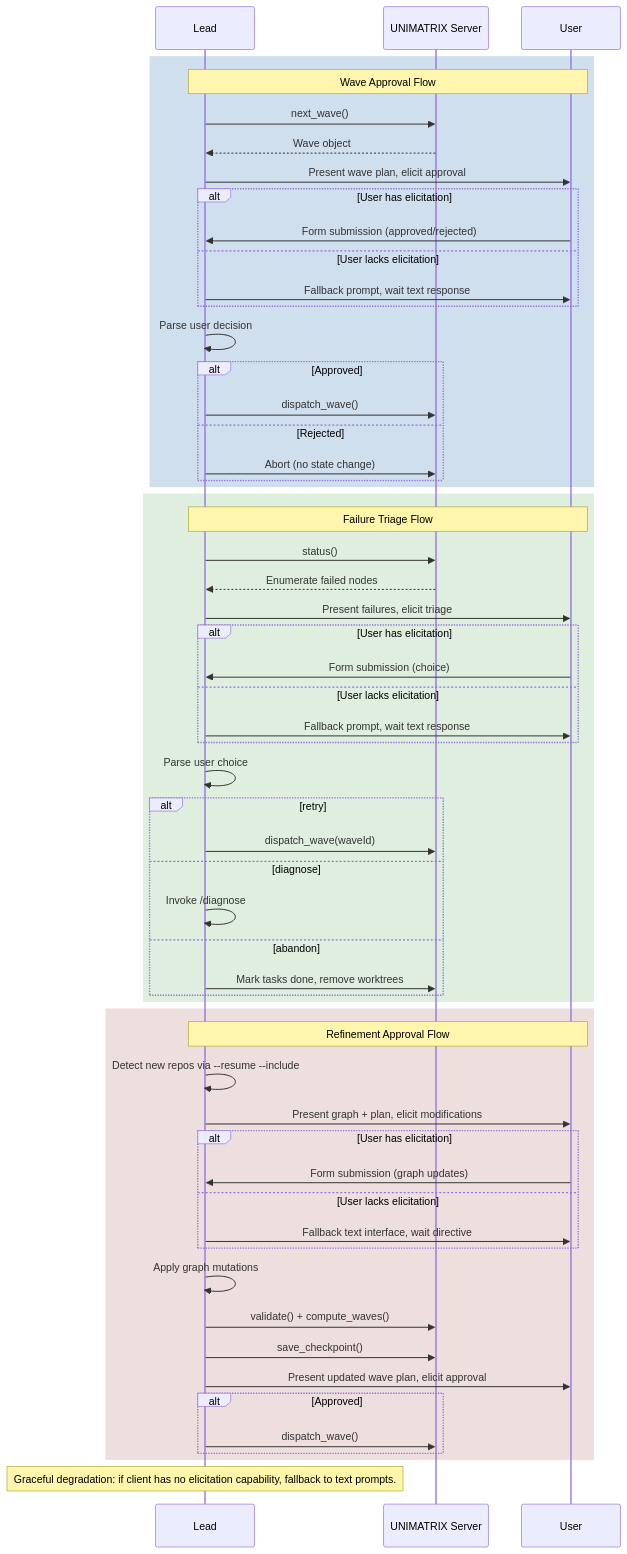
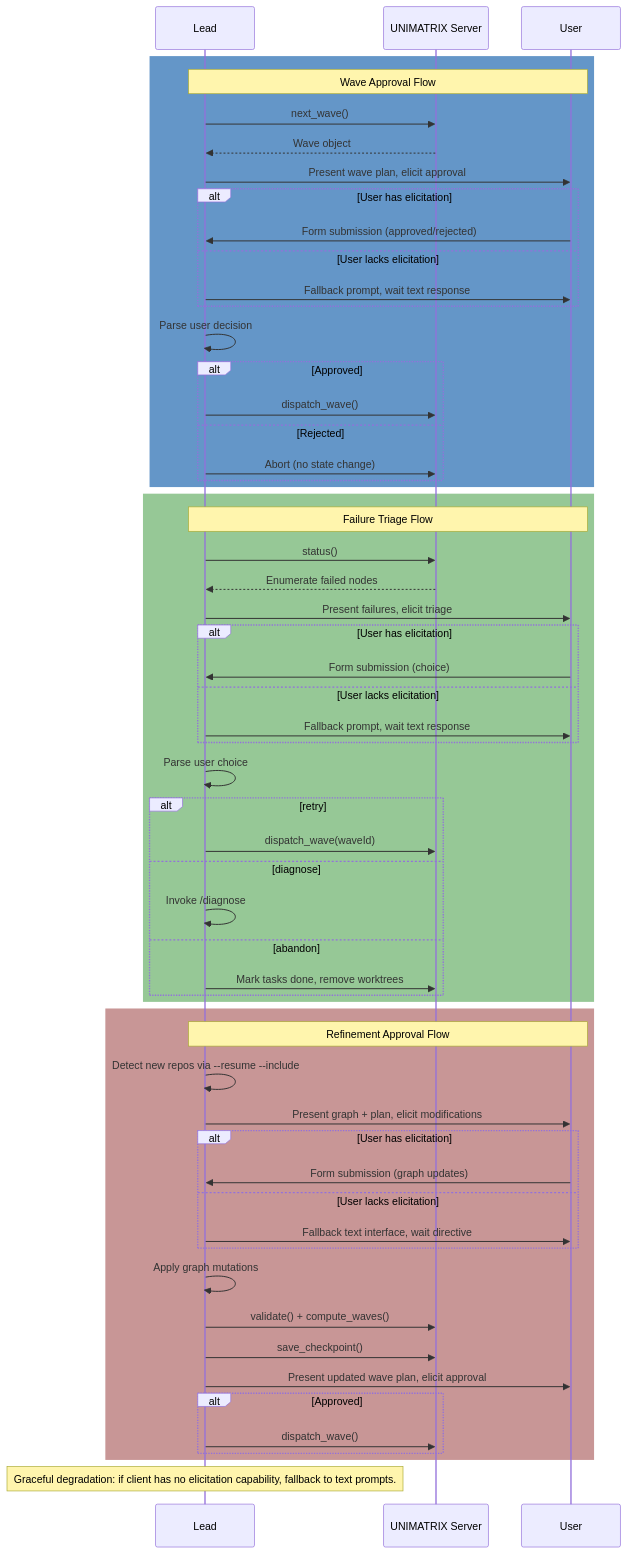
One commit to benediktms/unimatrix changed the third of 3 diagrams in src/skills/borgcube/BORGCUBE.md. Above: the diagram before and after it, drawn with Mermaid.

Commit message:
fix(docs): use correct Mermaid syntax for rect colors
Revert to rgb() for sequence diagram rect backgrounds per Mermaid docs.
hex() and rgba() are not supported syntax.

````diff
--- a/src/skills/borgcube/BORGCUBE.md
+++ b/src/skills/borgcube/BORGCUBE.md
@@ -118,64 +118,64 @@
 ```mermaid
 sequenceDiagram
     participant Lead
     participant Server as UNIMATRIX Server
     participant User
 
-    rect rgba(100, 150, 200, 0.3)
+    rect rgb(100, 150, 200)
         Note over Lead,User: Wave Approval Flow
         Lead->>Server: next_wave()
         Server-->>Lead: Wave object
         Lead->>User: Present wave plan, elicit approval
         alt User has elicitation
             User->>Lead: Form submission (approved/rejected)
         else User lacks elicitation
             Lead->>User: Fallback prompt, wait text response
         end
         Lead->>Lead: Parse user decision
         alt Approved
             Lead->>Server: dispatch_wave()
         else Rejected
             Lead->>Server: Abort (no state change)
         end
     end
 
-    rect rgba(150, 200, 150, 0.3)
+    rect rgb(150, 200, 150)
         Note over Lead,User: Failure Triage Flow
         Lead->>Server: status()
         Server-->>Lead: Enumerate failed nodes
         Lead->>User: Present failures, elicit triage
         alt User has elicitation
             User->>Lead: Form submission (choice)
         else User lacks elicitation
             Lead->>User: Fallback prompt, wait text response
         end
         Lead->>Lead: Parse user choice
         alt retry
             Lead->>Server: dispatch_wave(waveId)
         else diagnose
             Lead->>Lead: Invoke /diagnose
         else abandon
             Lead->>Server: Mark tasks done, remove worktrees
         end
     end
 
-    rect rgba(200, 150, 150, 0.3)
+    rect rgb(200, 150, 150)
         Note over Lead,User: Refinement Approval Flow
         Lead->>Lead: Detect new repos via --resume --include
         Lead->>User: Present graph + plan, elicit modifications
         alt User has elicitation
             User->>Lead: Form submission (graph updates)
         else User lacks elicitation
             Lead->>User: Fallback text interface, wait directive
         end
         Lead->>Lead: Apply graph mutations
         Lead->>Server: validate() + compute_waves()
         Lead->>Server: save_checkpoint()
         Lead->>User: Present updated wave plan, elicit approval
         alt Approved
             Lead->>Server: dispatch_wave()
         end
     end
 
     Note over Lead: Graceful degradation: if client has no elicitation capability, fallback to text prompts.
 ```
````
